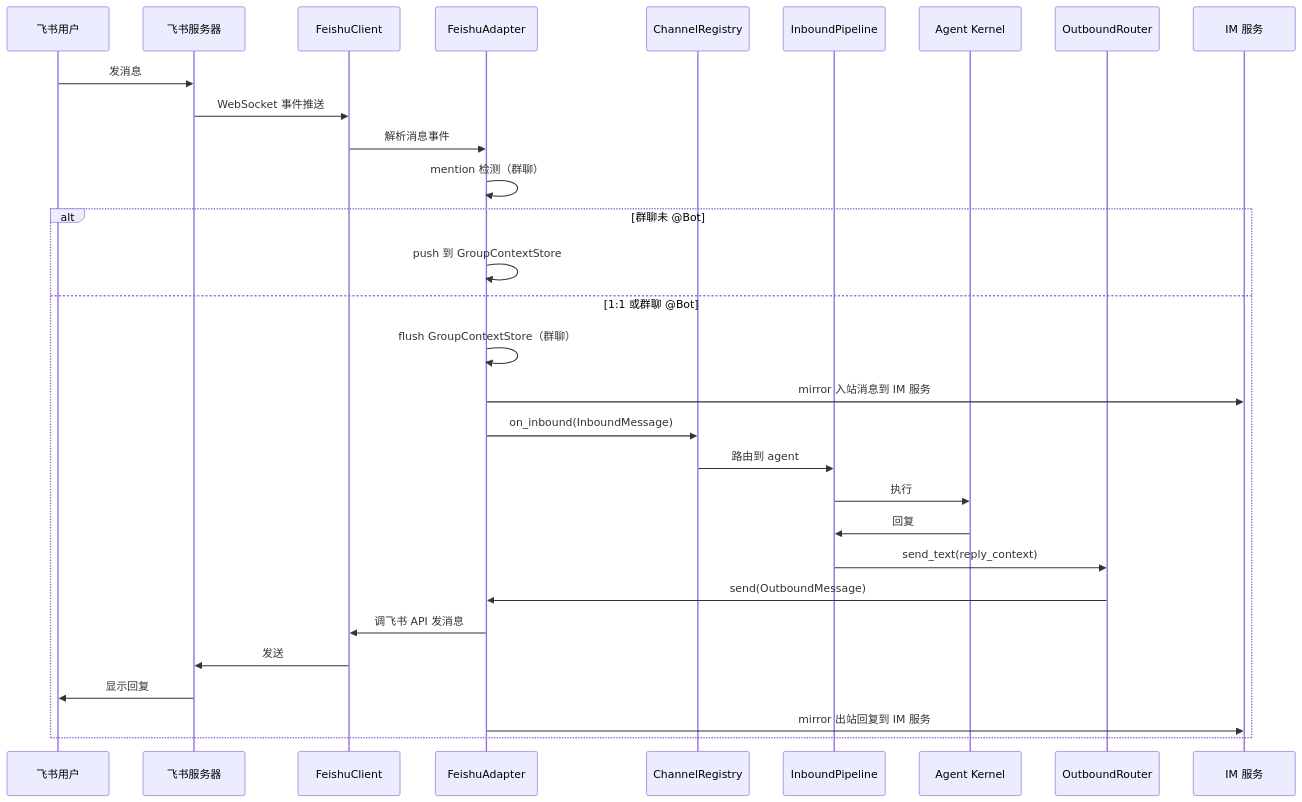
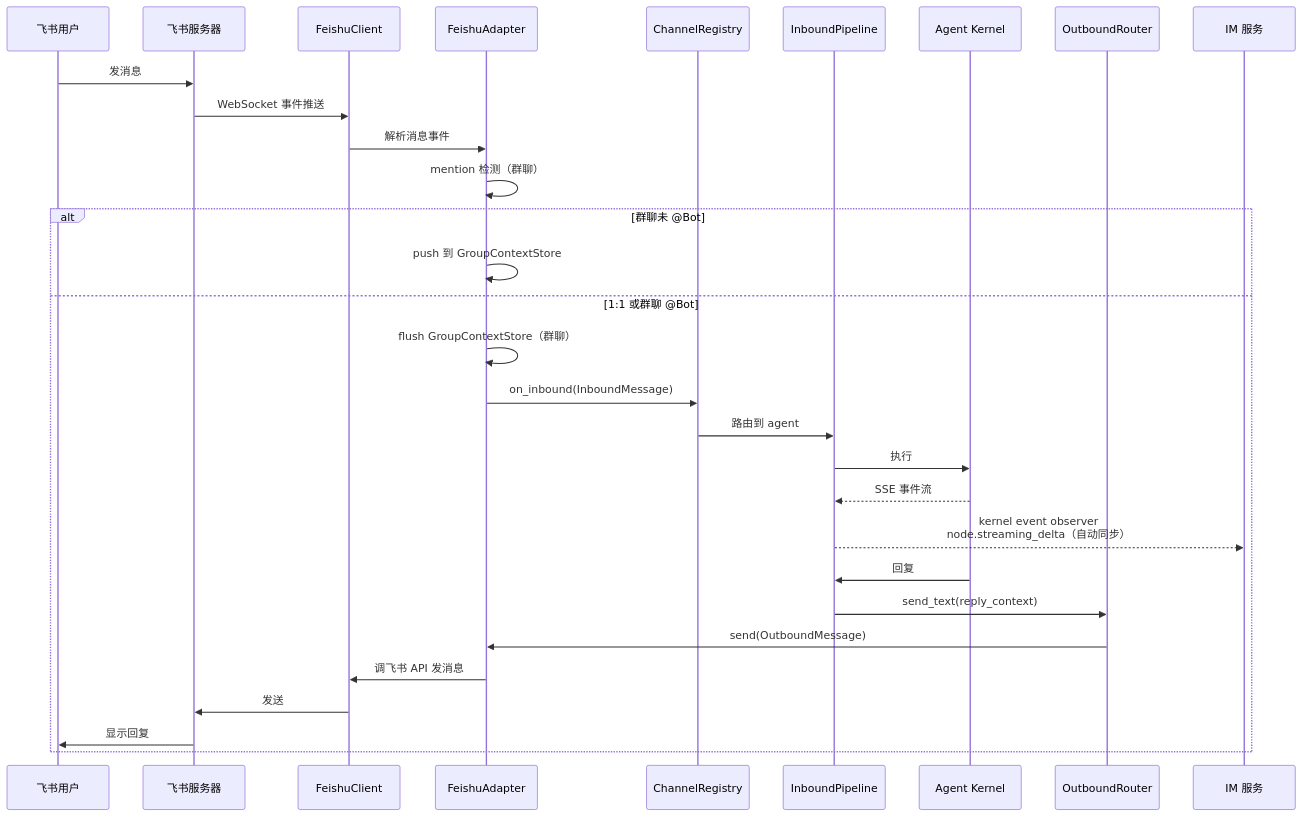
The second of 3 diagrams in docs/changes/feat-447-feishu-channel/design.md (Mrchen116/nano-multiagent), drawn with Mermaid before and after one commit. The commit also changed other lines of this file, not shown here.

Commit message:
feat-447: fix design review issues - mirror API specified, delta-spec listed, agent_id/session_key/deps clarified

````diff
--- a/docs/changes/feat-447-feishu-channel/design.md
+++ b/docs/changes/feat-447-feishu-channel/design.md
@@ -161,34 +162,34 @@
 ```mermaid
 sequenceDiagram
     participant U as 飞书用户
     participant FS as 飞书服务器
     participant FC as FeishuClient
     participant FA as FeishuAdapter
     participant REG as ChannelRegistry
     participant PIPE as InboundPipeline
     participant K as Agent Kernel
     participant OUT as OutboundRouter
 
     participant IMS as IM 服务
 
     U->>FS: 发消息
     FS->>FC: WebSocket 事件推送
     FC->>FA: 解析消息事件
     FA->>FA: mention 检测（群聊）
     alt 群聊未 @Bot
         FA->>FA: push 到 GroupContextStore
     else 1:1 或群聊 @Bot
         FA->>FA: flush GroupContextStore（群聊）
-        FA->>IMS: mirror 入站消息到 IM 服务
         FA->>REG: on_inbound(InboundMessage)
         REG->>PIPE: 路由到 agent
         PIPE->>K: 执行
+        K-->>PIPE: SSE 事件流
+        PIPE-->>IMS: kernel event observer<br/>node.streaming_delta（自动同步）
         K->>PIPE: 回复
         PIPE->>OUT: send_text(reply_context)
         OUT->>FA: send(OutboundMessage)
         FA->>FC: 调飞书 API 发消息
         FC->>FS: 发送
         FS->>U: 显示回复
-        FA->>IMS: mirror 出站回复到 IM 服务
     end
 ```
````
